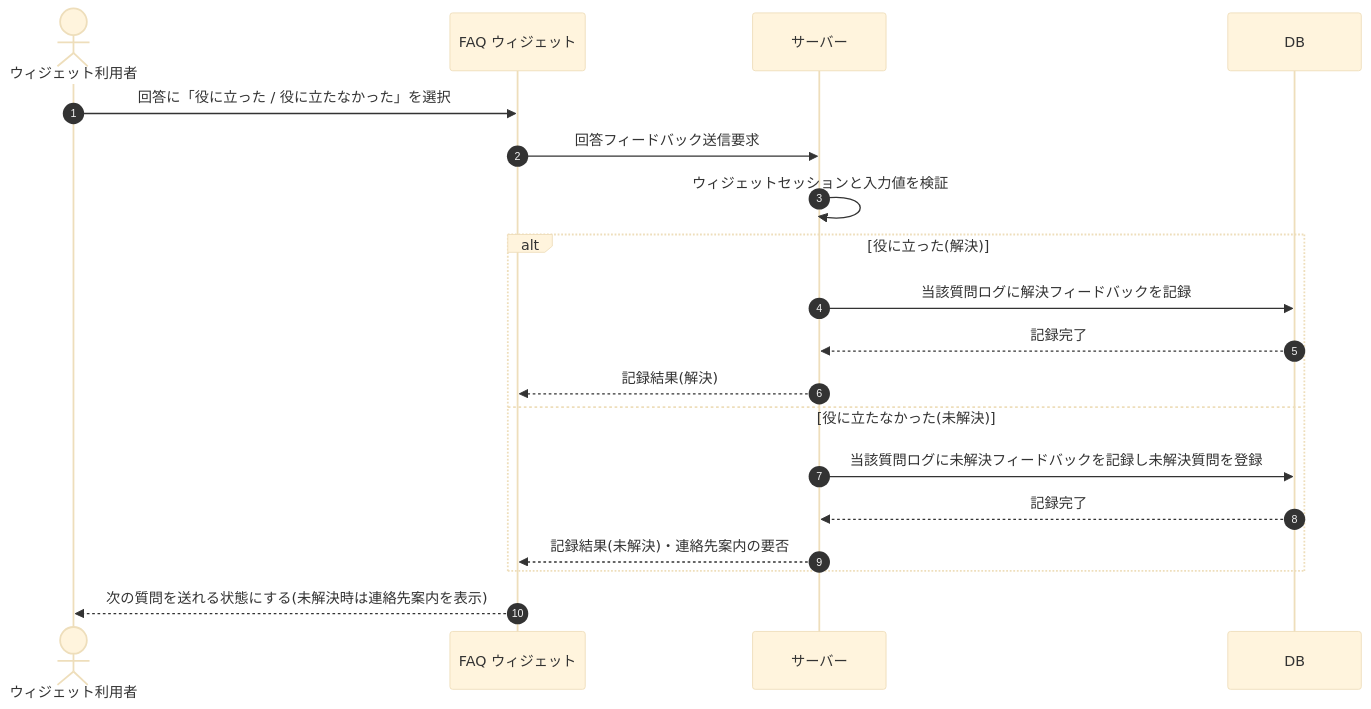
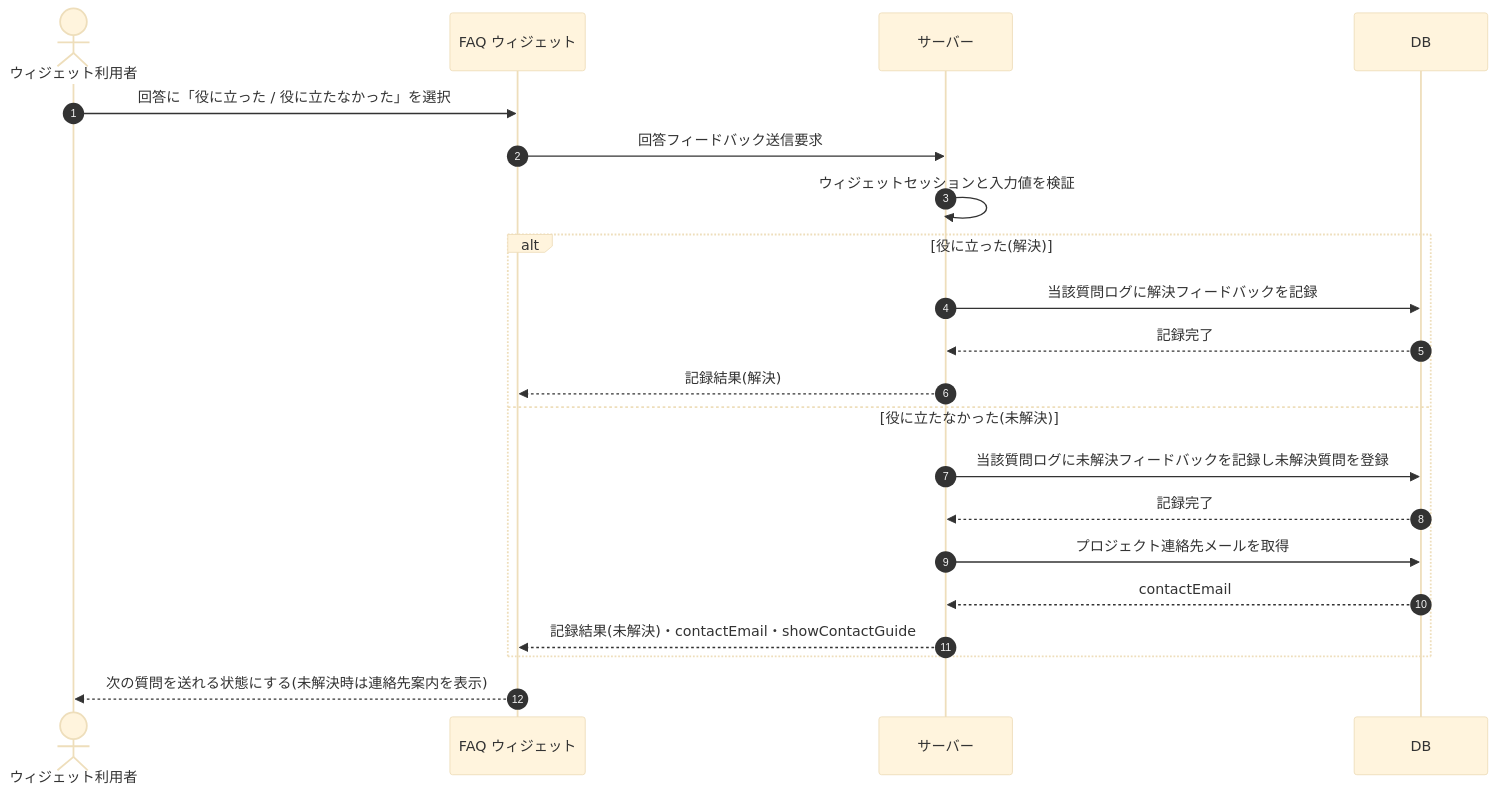
One commit to sikakou54/open-faq changed the diagram in 02_basic_design/03_sequences/SEQ-123.md. Above: the diagram before and after it, drawn with Mermaid (base theme). The commit also changed other lines of this file and 14 other files, not shown here.

````diff
--- a/02_basic_design/03_sequences/SEQ-123.md
+++ b/02_basic_design/03_sequences/SEQ-123.md
@@ -15,21 +15,23 @@
 ```mermaid
 sequenceDiagram
   autonumber
   actor U as ウィジェット利用者
   participant Screen as FAQ ウィジェット
   participant Server as サーバー
   participant DB as DB
   U->>Screen: 回答に「役に立った / 役に立たなかった」を選択
   Screen->>Server: 回答フィードバック送信要求
   Server->>Server: ウィジェットセッションと入力値を検証
   alt 役に立った(解決)
     Server->>DB: 当該質問ログに解決フィードバックを記録
     DB-->>Server: 記録完了
     Server-->>Screen: 記録結果(解決)
   else 役に立たなかった(未解決)
     Server->>DB: 当該質問ログに未解決フィードバックを記録し未解決質問を登録
     DB-->>Server: 記録完了
-    Server-->>Screen: 記録結果(未解決)・連絡先案内の要否
+    Server->>DB: プロジェクト連絡先メールを取得
+    DB-->>Server: contactEmail
+    Server-->>Screen: 記録結果(未解決)・contactEmail・showContactGuide
   end
   Screen-->>U: 次の質問を送れる状態にする(未解決時は連絡先案内を表示)
 ```
````
